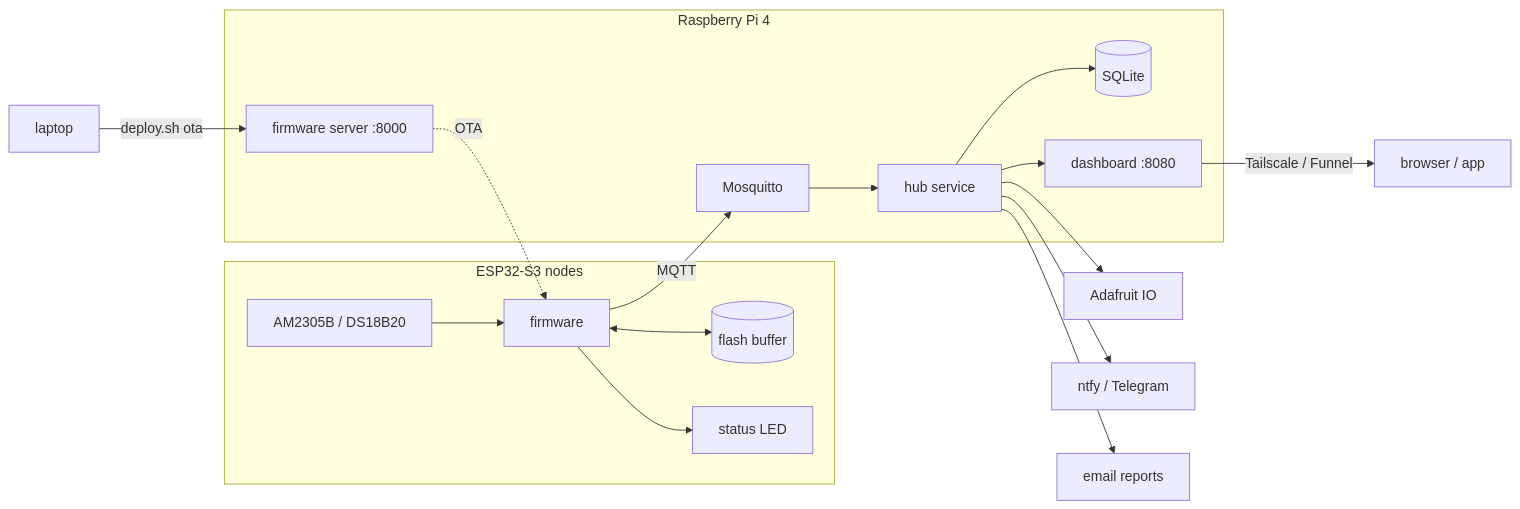
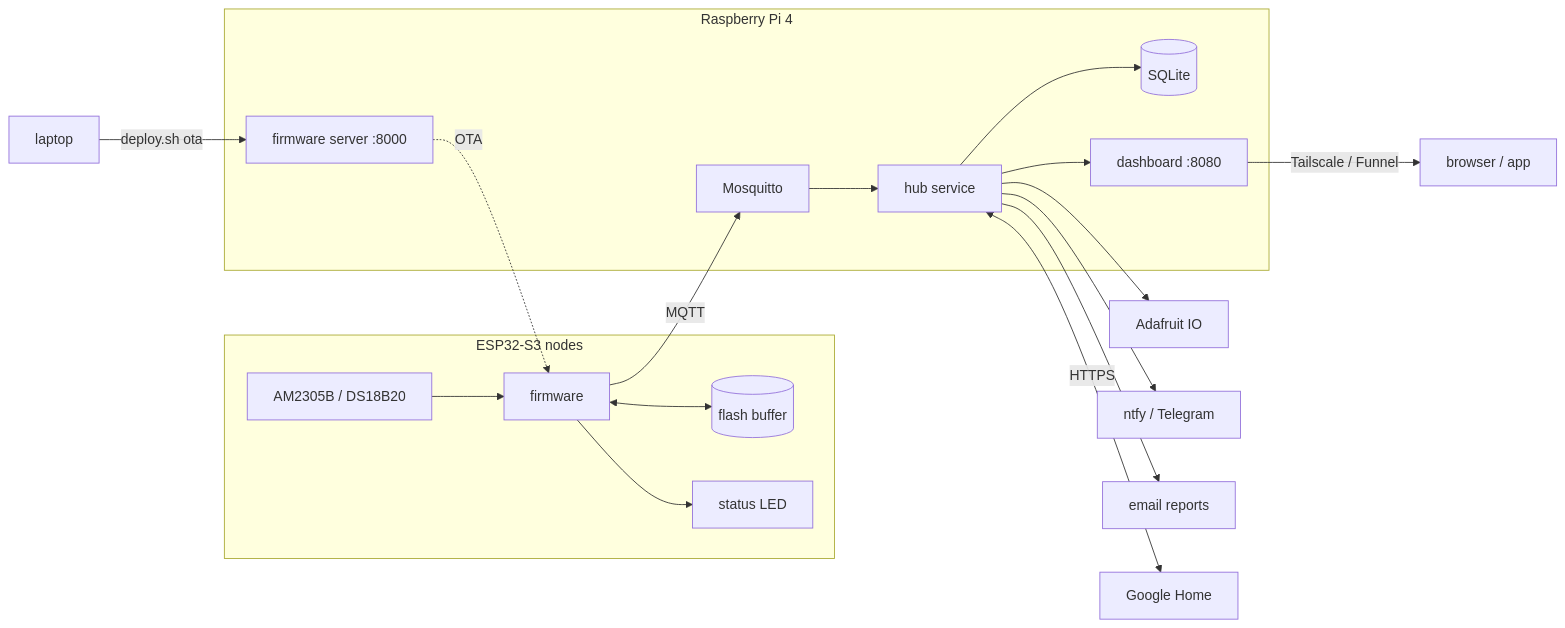
One commit to Gautham-Dev007/IoT_Pi32 changed the first of 2 diagrams in README.md. Above: the diagram before and after it, drawn with Mermaid. The commit also changed other lines of this file and 4 other files, not shown here.

````diff
--- a/README.md
+++ b/README.md
@@ -85,21 +90,22 @@
 ```mermaid
 flowchart LR
     subgraph Nodes["ESP32-S3 nodes"]
         S[AM2305B / DS18B20] --> F[firmware]
         F <--> B[(flash buffer)]
         F --> L[status LED]
     end
     subgraph Pi["Raspberry Pi 4"]
         M[Mosquitto] --> H[hub service]
         H --> D[(SQLite)]
         H --> W[dashboard :8080]
         FW[firmware server :8000]
     end
     F -- MQTT --> M
     FW -. OTA .-> F
     W -- Tailscale / Funnel --> U[browser / app]
     H --> A[Adafruit IO]
     H --> N[ntfy / Telegram]
     H --> E[email reports]
+    H <-->|HTTPS| G[Google Home]
     LT[laptop] -- deploy.sh ota --> FW
 ```
````
